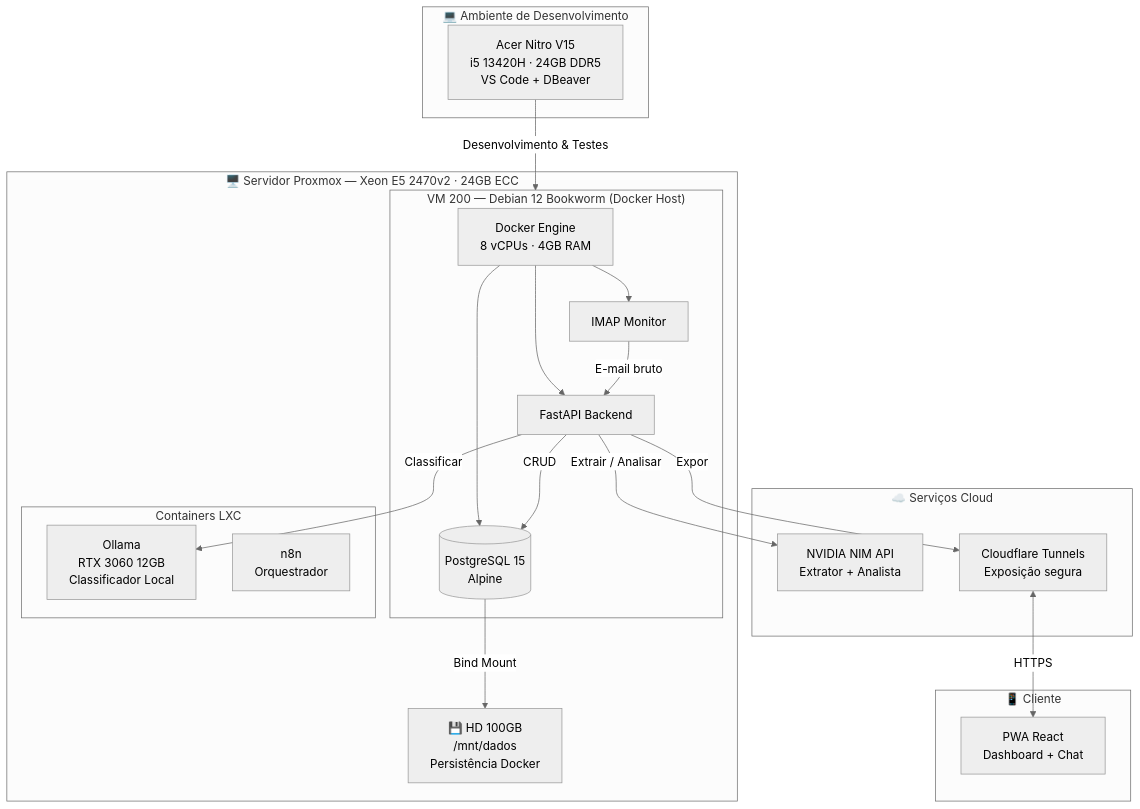
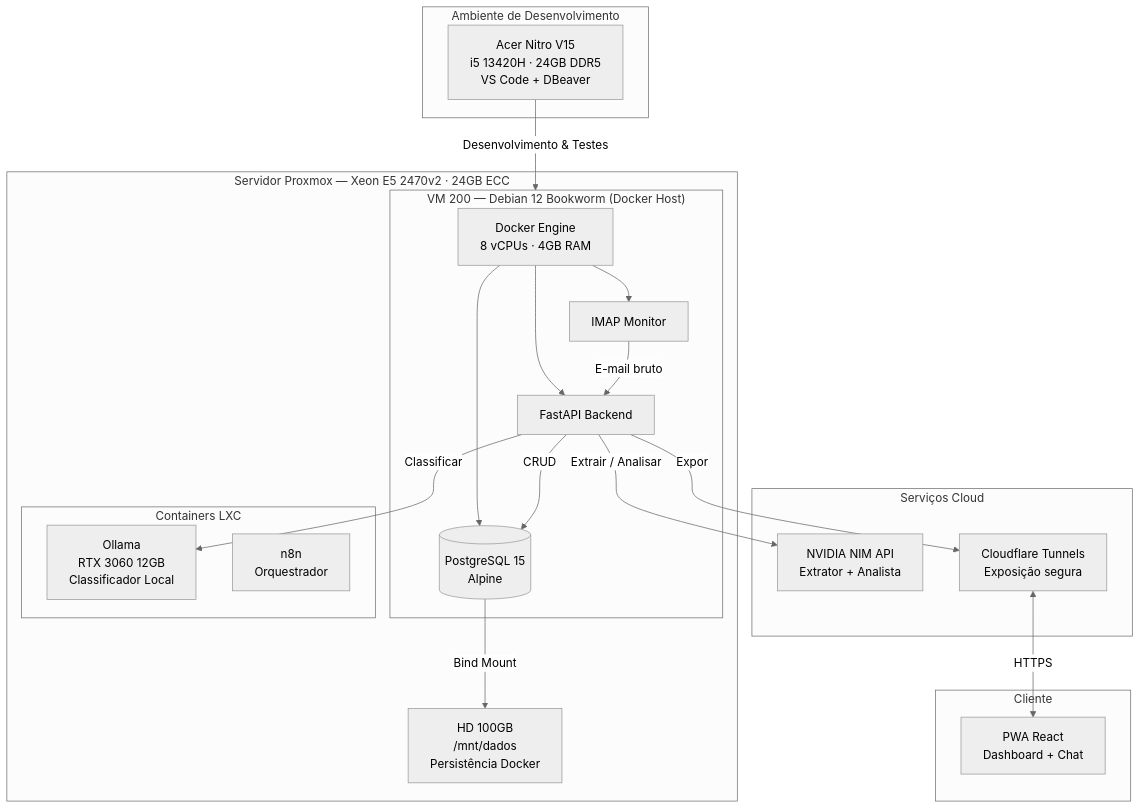
One commit to mviniciusy/FinAI changed the first of 3 diagrams in README.md. Above: the diagram before and after it, drawn with Mermaid (neutral theme). The commit also changed other lines of this file and 1 other file, not shown here.

````diff
--- a/README.md
+++ b/README.md
@@ -65,41 +65,41 @@
 ```mermaid
 flowchart TB
-    subgraph Dev["💻 Ambiente de Desenvolvimento"]
+    subgraph Dev["Ambiente de Desenvolvimento"]
         DEV["Acer Nitro V15<br/>i5 13420H · 24GB DDR5<br/>VS Code + DBeaver"]
     end
 
-    subgraph Prod["🖥️ Servidor Proxmox — Xeon E5 2470v2 · 24GB ECC"]
+    subgraph Prod["Servidor Proxmox — Xeon E5 2470v2 · 24GB ECC"]
         subgraph VM["VM 200 — Debian 12 Bookworm (Docker Host)"]
             DOCKER["Docker Engine<br/>8 vCPUs · 4GB RAM"]
             PG[("PostgreSQL 15<br/>Alpine")]
             API["FastAPI Backend"]
             IMAP["IMAP Monitor"]
         end
         subgraph LXC["Containers LXC"]
             OLLAMA["Ollama<br/>RTX 3060 12GB<br/>Classificador Local"]
             N8N["n8n<br/>Orquestrador"]
         end
-        HDD["💾 HD 100GB<br/>/mnt/dados<br/>Persistência Docker"]
+        HDD["HD 100GB<br/>/mnt/dados<br/>Persistência Docker"]
     end
 
-    subgraph Cloud["☁️ Serviços Cloud"]
+    subgraph Cloud["Serviços Cloud"]
         NIM["NVIDIA NIM API<br/>Extrator + Analista"]
         CF["Cloudflare Tunnels<br/>Exposição segura"]
     end
 
-    subgraph Client["📱 Cliente"]
+    subgraph Client["Cliente"]
         PWA["PWA React<br/>Dashboard + Chat"]
     end
 
     DEV -->|"Desenvolvimento & Testes"| VM
     DOCKER --> PG
     DOCKER --> API
     DOCKER --> IMAP
     IMAP -->|"E-mail bruto"| API
     API -->|"Classificar"| OLLAMA
     API -->|"Extrair / Analisar"| NIM
     API -->|"CRUD"| PG
     PG -->|"Bind Mount"| HDD
     API -->|"Expor"| CF
     CF <-->|"HTTPS"| PWA
 ```
````
